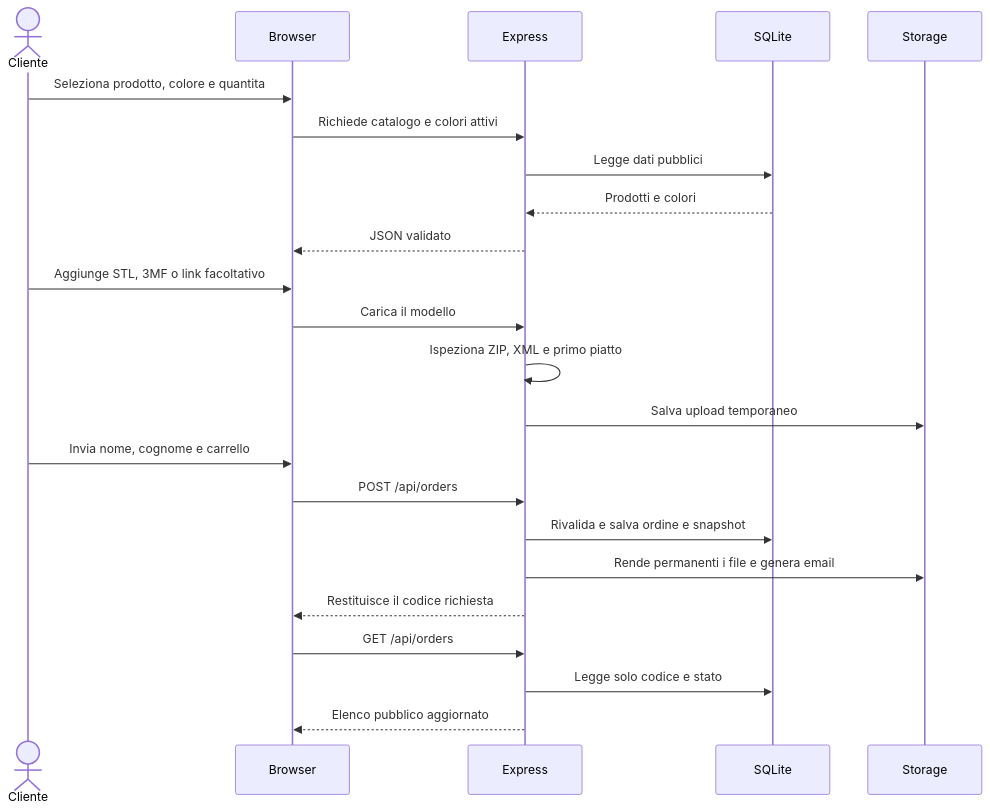
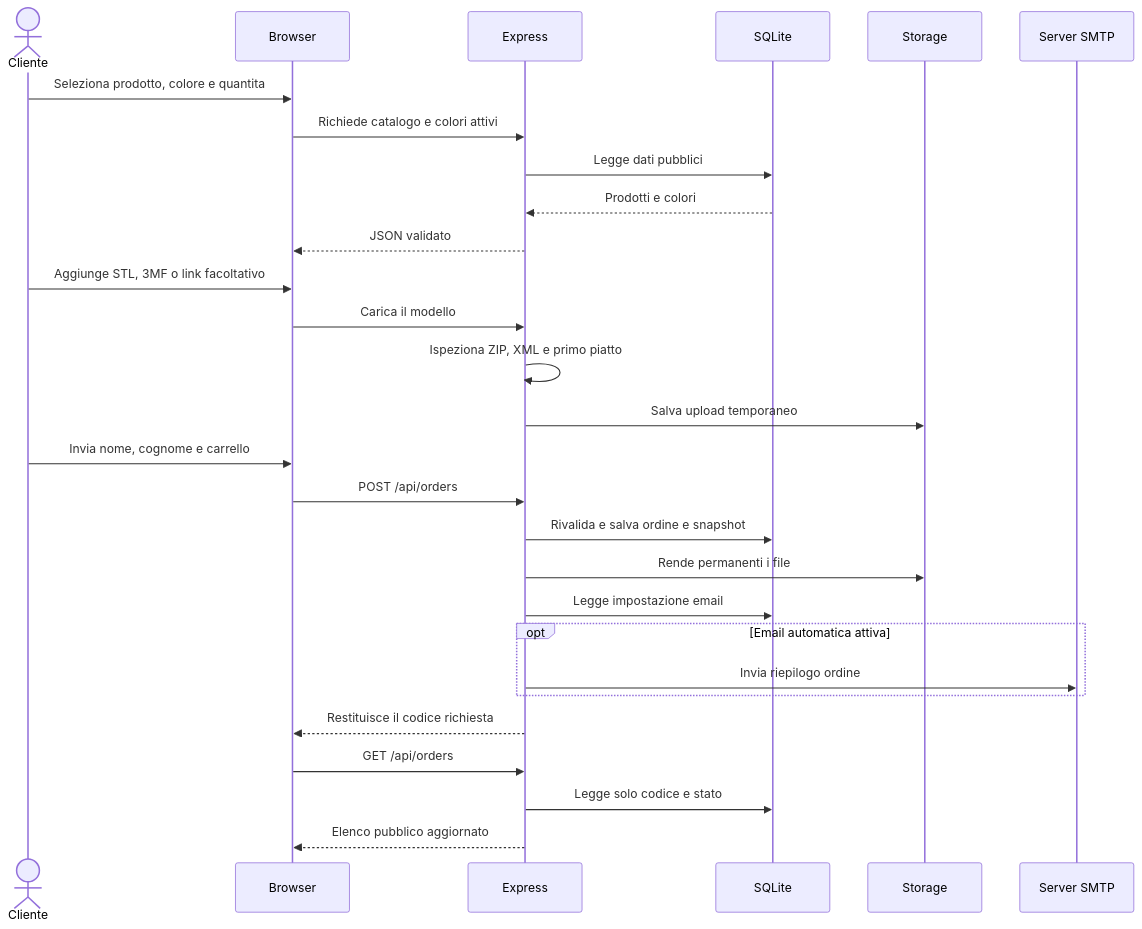
Before and after one commit to Moffoletta/pixel-print-lab: the third of 4 diagrams in docs/ARCHITETTURA.md, drawn with Mermaid. The commit also changed other lines of this file and 23 other files, not shown here.

````diff
--- a/docs/ARCHITETTURA.md
+++ b/docs/ARCHITETTURA.md
@@ -129,26 +132,31 @@
 ```mermaid
 sequenceDiagram
   actor C as Cliente
   participant B as Browser
   participant E as Express
   participant D as SQLite
   participant S as Storage
+  participant M as Server SMTP
 
   C->>B: Seleziona prodotto, colore e quantita
   B->>E: Richiede catalogo e colori attivi
   E->>D: Legge dati pubblici
   D-->>E: Prodotti e colori
   E-->>B: JSON validato
   C->>B: Aggiunge STL, 3MF o link facoltativo
   B->>E: Carica il modello
   E->>E: Ispeziona ZIP, XML e primo piatto
   E->>S: Salva upload temporaneo
   C->>B: Invia nome, cognome e carrello
   B->>E: POST /api/orders
   E->>D: Rivalida e salva ordine e snapshot
-  E->>S: Rende permanenti i file e genera email
+  E->>S: Rende permanenti i file
+  E->>D: Legge impostazione email
+  opt Email automatica attiva
+    E->>M: Invia riepilogo ordine
+  end
   E-->>B: Restituisce il codice richiesta
   B->>E: GET /api/orders
   E->>D: Legge solo codice e stato
   E-->>B: Elenco pubblico aggiornato
 ```
````
